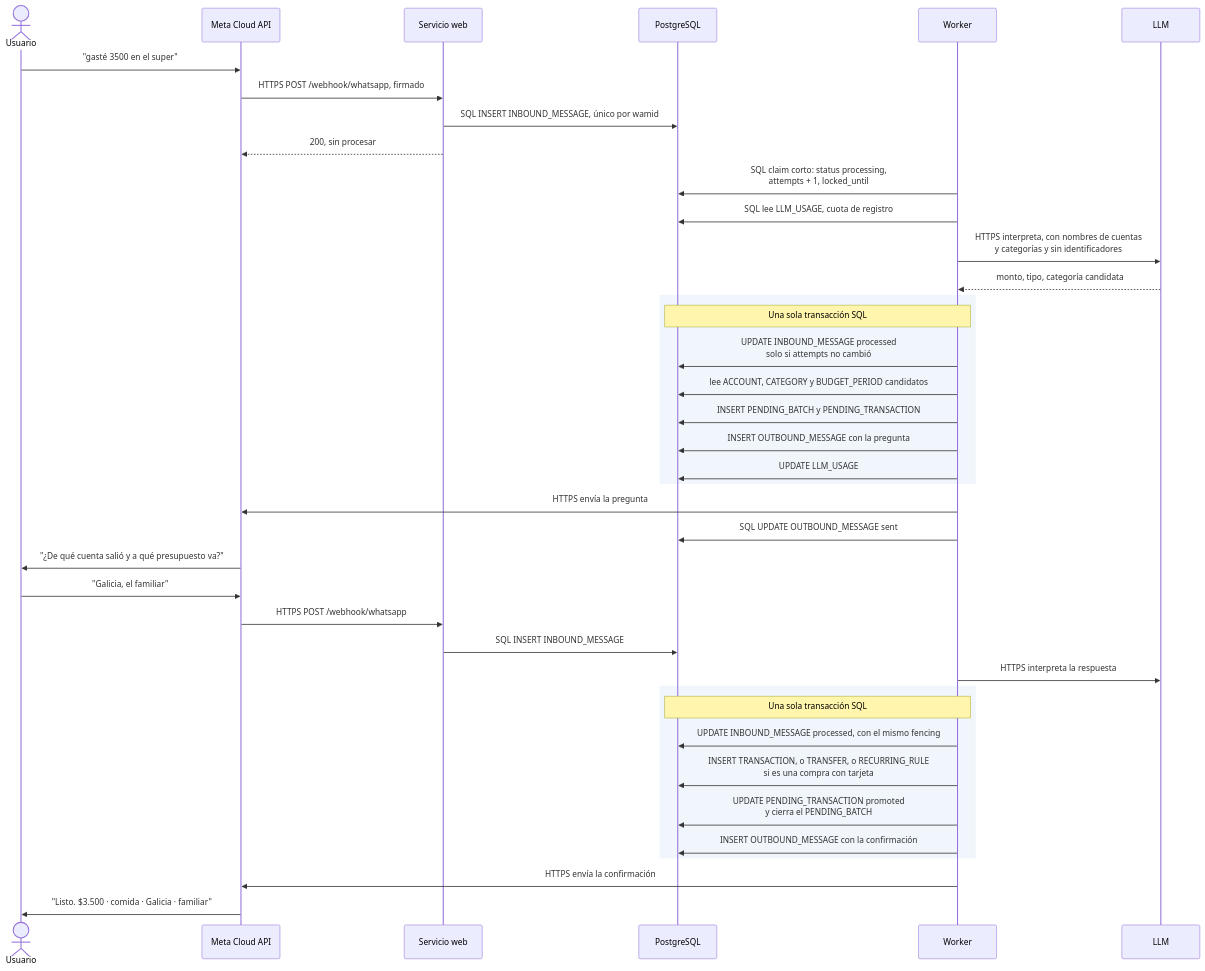
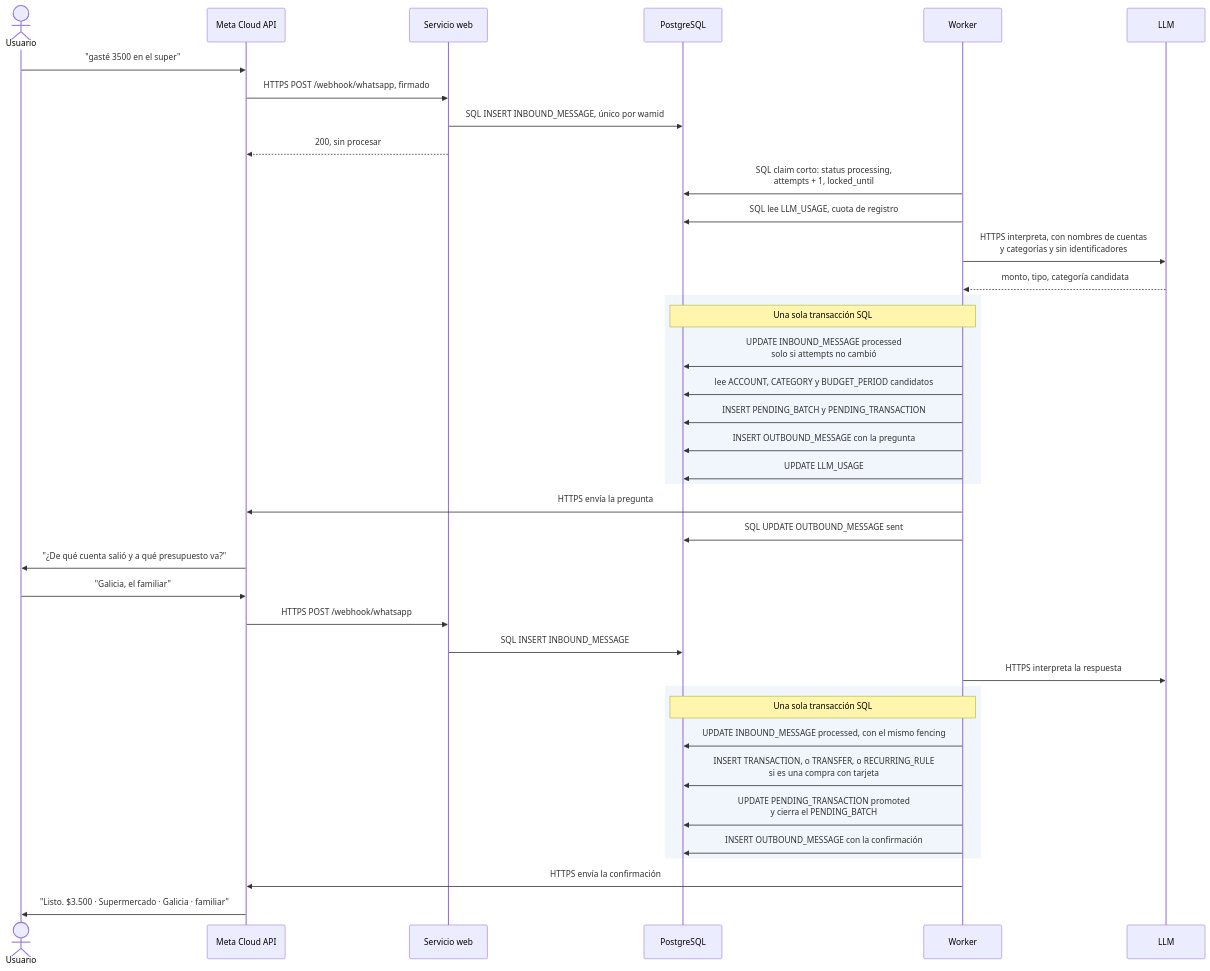
One commit to verozacarias-prog/AI4Devs-finalproject changed the fourth of 11 diagrams in docs/recorrido-completo.md. Above: the diagram before and after it, drawn with Mermaid. The commit also changed other lines of this file and 5 other files, not shown here.

````diff
--- a/docs/recorrido-completo.md
+++ b/docs/recorrido-completo.md
@@ -177,42 +177,42 @@
 ```mermaid
 sequenceDiagram
     actor U as Usuario
     participant M as Meta Cloud API
     participant API as Servicio web
     participant DB as PostgreSQL
     participant W as Worker
     participant L as LLM
 
     U->>M: "gasté 3500 en el super"
     M->>API: HTTPS POST /webhook/whatsapp, firmado
     API->>DB: SQL INSERT INBOUND_MESSAGE, único por wamid
     API-->>M: 200, sin procesar
     W->>DB: SQL claim corto: status processing,<br/>attempts + 1, locked_until
     W->>DB: SQL lee LLM_USAGE, cuota de registro
     W->>L: HTTPS interpreta, con nombres de cuentas<br/>y categorías y sin identificadores
     L-->>W: monto, tipo, categoría candidata
     rect rgb(240, 246, 252)
         Note over W,DB: Una sola transacción SQL
         W->>DB: UPDATE INBOUND_MESSAGE processed<br/>solo si attempts no cambió
         W->>DB: lee ACCOUNT, CATEGORY y BUDGET_PERIOD candidatos
         W->>DB: INSERT PENDING_BATCH y PENDING_TRANSACTION
         W->>DB: INSERT OUTBOUND_MESSAGE con la pregunta
         W->>DB: UPDATE LLM_USAGE
     end
     W->>M: HTTPS envía la pregunta
     W->>DB: SQL UPDATE OUTBOUND_MESSAGE sent
     M->>U: "¿De qué cuenta salió y a qué presupuesto va?"
     U->>M: "Galicia, el familiar"
     M->>API: HTTPS POST /webhook/whatsapp
     API->>DB: SQL INSERT INBOUND_MESSAGE
     W->>L: HTTPS interpreta la respuesta
     rect rgb(240, 246, 252)
         Note over W,DB: Una sola transacción SQL
         W->>DB: UPDATE INBOUND_MESSAGE processed, con el mismo fencing
         W->>DB: INSERT TRANSACTION, o TRANSFER, o RECURRING_RULE<br/>si es una compra con tarjeta
         W->>DB: UPDATE PENDING_TRANSACTION promoted<br/>y cierra el PENDING_BATCH
         W->>DB: INSERT OUTBOUND_MESSAGE con la confirmación
     end
     W->>M: HTTPS envía la confirmación
-    M->>U: "Listo. $3.500 · comida · Galicia · familiar"
+    M->>U: "Listo. $3.500 · Supermercado · Galicia · familiar"
 ```
````
